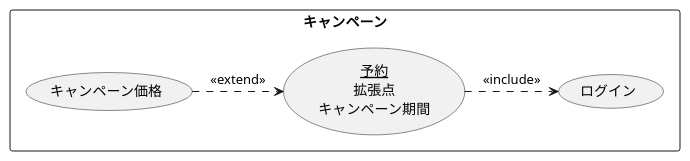
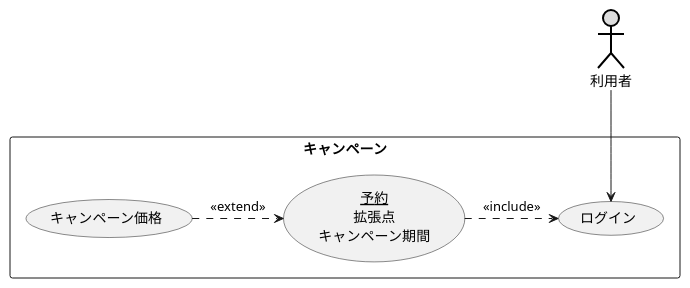
Before and after one commit to 05Uwa/uml-introduction: the diagram in 演習2-4_キャンペーン中のホテル宿泊予約.pu, drawn with PlantUML.

Commit message:
修正

```diff
--- a/演習2-4_キャンペーン中のホテル宿泊予約.pu
+++ b/演習2-4_キャンペーン中のホテル宿泊予約.pu
@@ -1,9 +1,11 @@
 @startuml キャンペーン価格
+actor 利用者 #DDDDDD;line:black;line.bold;
     rectangle キャンペーン{
         usecase キャンペーン価格
         usecase ログイン
         usecase (<u>予約</u>\n拡張点\nキャンペーン期間) as input
     }
 input .> ログイン  : <<include>>
     キャンペーン価格 .> (input) :<< extend >>
+利用者 --> ログイン
 @enduml
```
